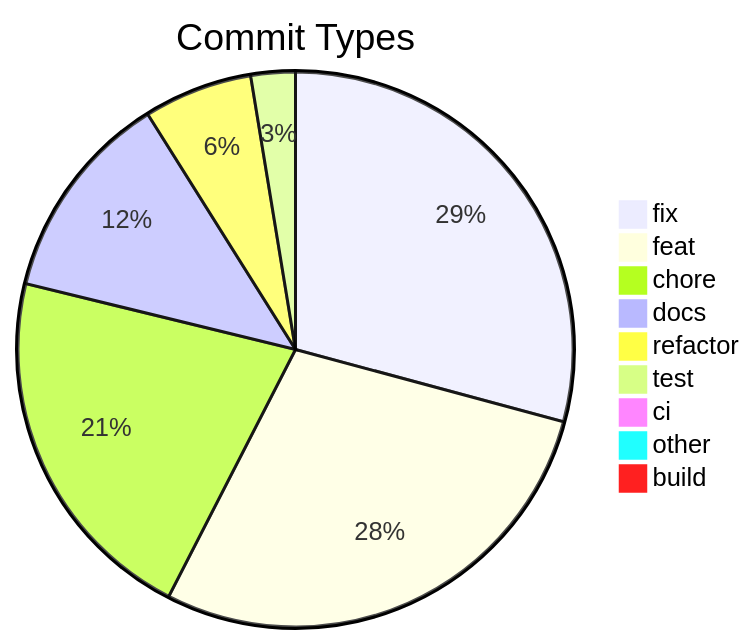
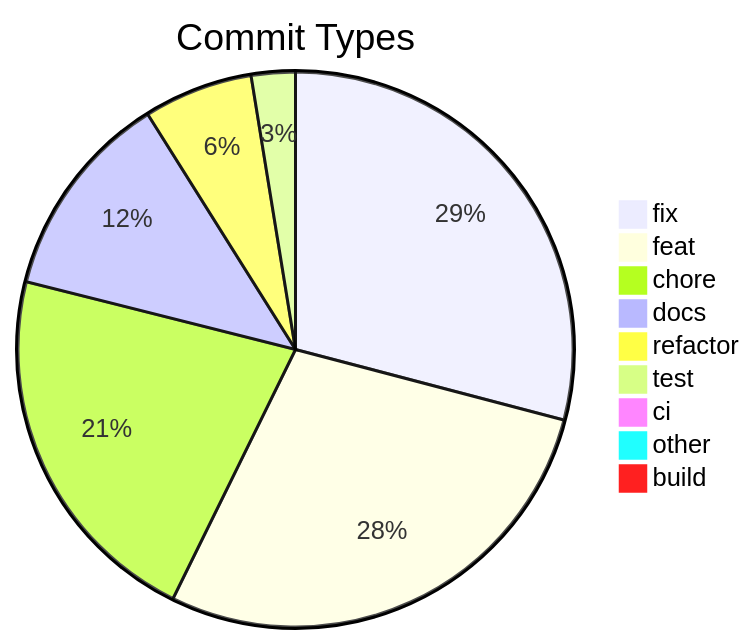
One commit to svenroth-ai/shipwright changed the diagram in .shipwright/compliance/change-history.md. Above: the diagram before and after it, drawn with Mermaid. The commit also changed other lines of this file and 38 other files, not shown here.

````diff
--- a/.shipwright/compliance/change-history.md
+++ b/.shipwright/compliance/change-history.md
@@ -9,12 +10,12 @@
 ```mermaid
 pie title Commit Types
-    "fix" : 350
-    "feat" : 340
-    "chore" : 255
+    "fix" : 352
+    "feat" : 341
+    "chore" : 262
     "docs" : 147
-    "refactor" : 76
+    "refactor" : 77
     "test" : 31
     "ci" : 11
     "other" : 9
     "build" : 1
 ```
````
